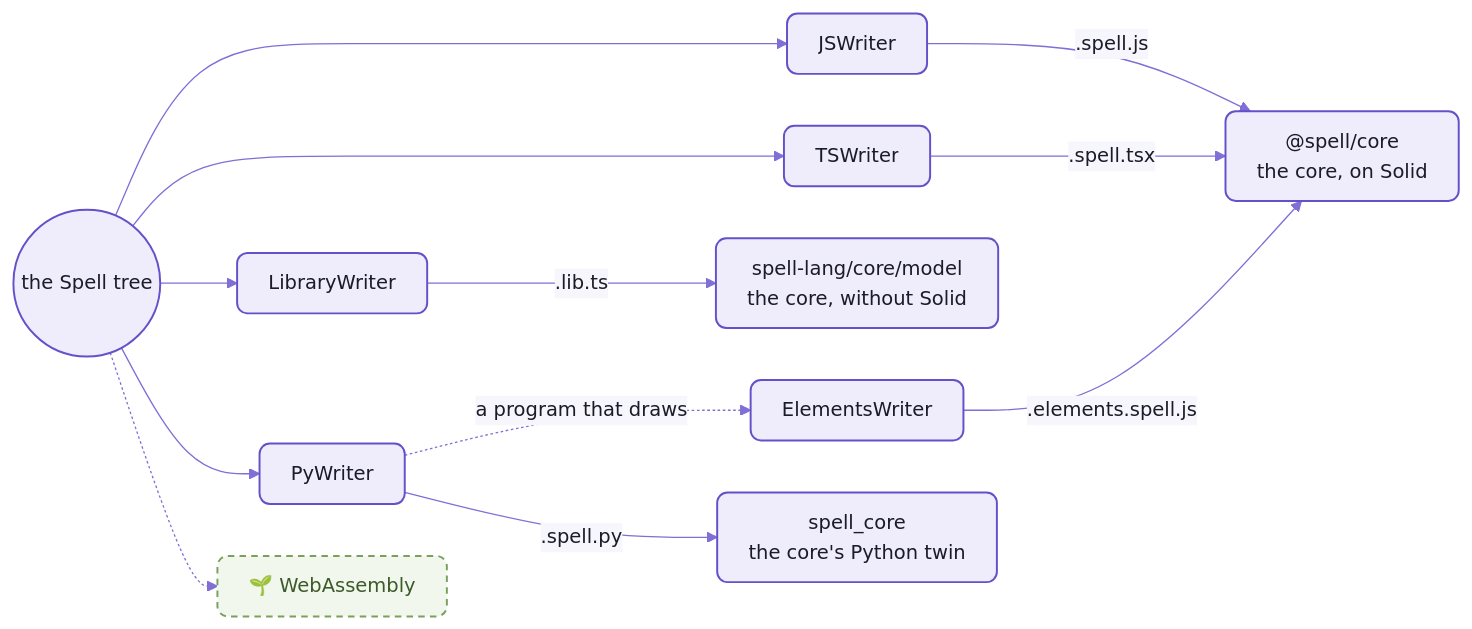
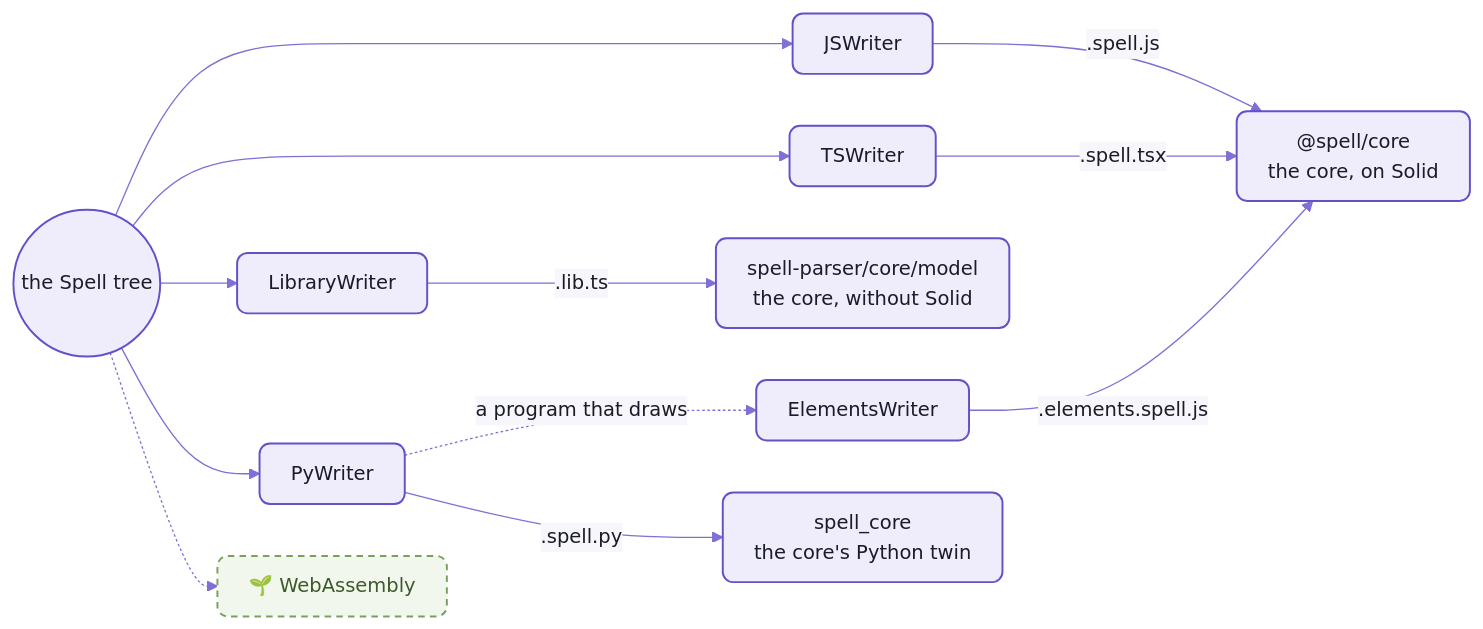
One commit to spell-app/spell changed the diagram in parser/README-targets.md. Above: the diagram before and after it, drawn with Mermaid. The commit also changed other lines of this file and 618 other files, not shown here.

````diff
--- a/parser/README-targets.md
+++ b/parser/README-targets.md
@@ -71,19 +71,19 @@
 ```mermaid
 %%{init: {"theme":"base","themeVariables":{"fontFamily":"-apple-system, BlinkMacSystemFont, Segoe UI, Helvetica, Arial, sans-serif","fontSize":"15px","primaryColor":"#EFECFB","primaryBorderColor":"#6550CA","primaryTextColor":"#1A1C27","secondaryColor":"#F4F1E9","tertiaryColor":"#F7F6FC","lineColor":"#7F6FD6","textColor":"#7F6FD6","clusterBkg":"#F7F6FC","clusterBorder":"#B9B0E8","titleColor":"#1A1C27","edgeLabelBackground":"#F7F6FC","actorBkg":"#EFECFB","actorBorder":"#6550CA","actorTextColor":"#1A1C27","actorLineColor":"#9C90DE","signalColor":"#7F6FD6","signalTextColor":"#7F6FD6","labelBoxBkgColor":"#EFECFB","labelBoxBorderColor":"#6550CA","labelTextColor":"#1A1C27","loopTextColor":"#7F6FD6","noteBkgColor":"#F1E7D4","noteBorderColor":"#C9B48A","noteTextColor":"#1A1C27","activationBkgColor":"#DCD6F7","activationBorderColor":"#6550CA","sequenceNumberColor":"#FFFFFF"},"flowchart":{"curve":"basis","padding":12,"nodeSpacing":40,"rankSpacing":44}}}%%
 flowchart LR
   tree((the Spell tree)) --> js[JSWriter]
   tree --> ts[TSWriter]
   tree --> lib[LibraryWriter]
   tree --> py[PyWriter]
   py -. a program that draws .-> el[ElementsWriter]
   tree -.-> wasm[🌱 WebAssembly]
   js -- .spell.js --> core["@spell/core<br/>the core, on Solid"]
   ts -- .spell.tsx --> core
   el -- .elements.spell.js --> core
-  lib -- .lib.ts --> model["spell-lang/core/model<br/>the core, without Solid"]
+  lib -- .lib.ts --> model["spell-parser/core/model<br/>the core, without Solid"]
   py -- .spell.py --> spc["spell_core<br/>the core's Python twin"]
   %% the Spell look:  yarn mermaid:pretty
   classDef default fill:#EFECFB,stroke:#6550CA,stroke-width:1.5px,color:#1A1C27,rx:8px,ry:8px
   classDef coming fill:#F2F7EE,stroke:#7BA05B,stroke-width:1.5px,stroke-dasharray:5 4,color:#3D5A2A,rx:8px,ry:8px
   class wasm coming
 ```
````
